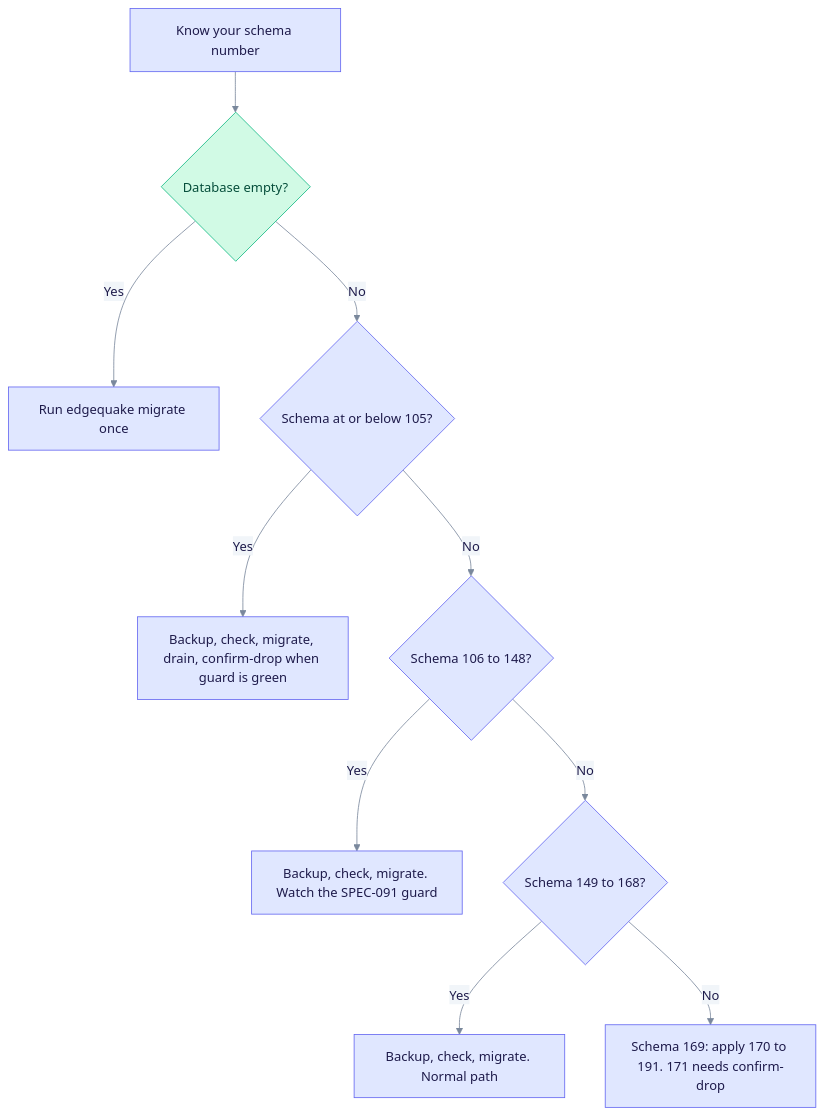
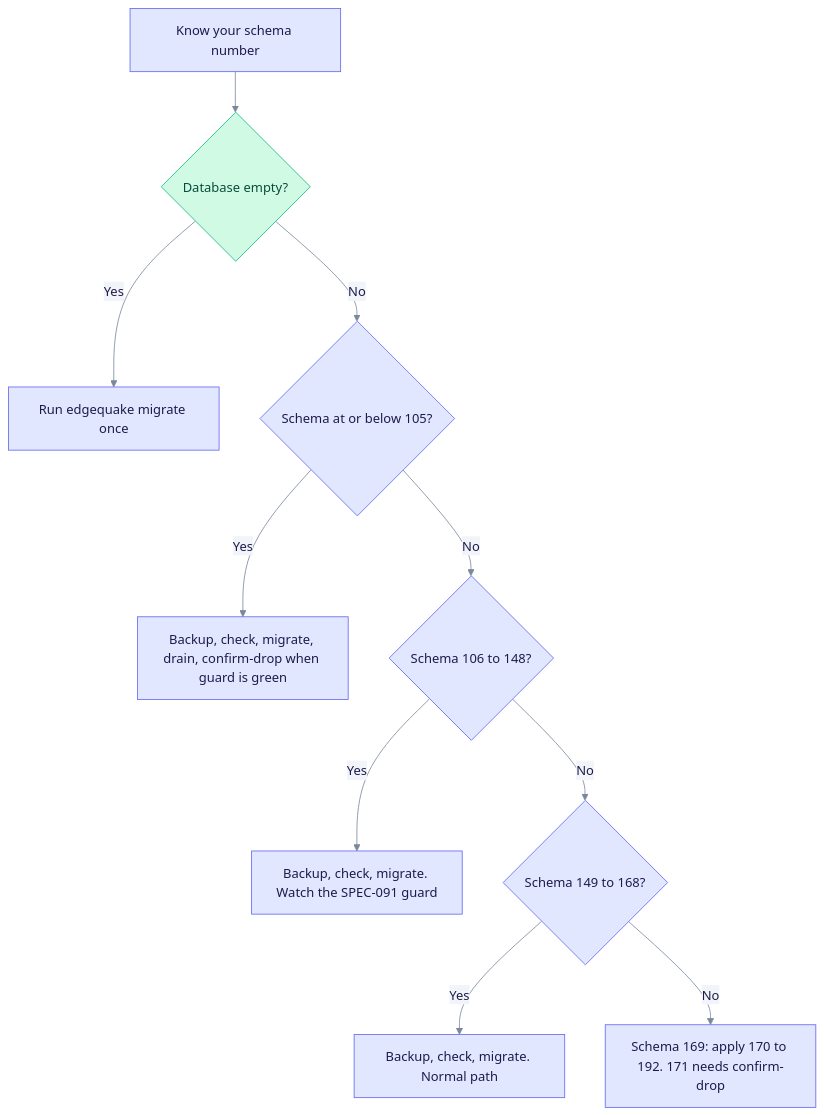
Before and after one commit to YatchiYa/edgequake: the first of 3 diagrams in docs/operations/upgrading.md, drawn with Mermaid. The commit also changed other lines of this file and 12 other files, not shown here.

````diff
--- a/docs/operations/upgrading.md
+++ b/docs/operations/upgrading.md
@@ -24,17 +24,17 @@
 ```mermaid
 %%{init: {"theme":"base","themeVariables":{"primaryColor":"#E0E7FF","primaryBorderColor":"#6366F1","primaryTextColor":"#1E1B4B","secondaryColor":"#D1FAE5","secondaryBorderColor":"#10B981","secondaryTextColor":"#064E3B","tertiaryColor":"#FEF3C7","tertiaryBorderColor":"#F59E0B","tertiaryTextColor":"#6B7A90","lineColor":"#7A889C","clusterBkg":"rgba(99,102,241,0.07)","clusterBorder":"#A5B4FC","noteBkgColor":"#FEF9C3","noteTextColor":"#422006","textColor":"#6B7A90","titleColor":"#6B7A90","signalColor":"#7A889C","signalTextColor":"#6B7A90","loopTextColor":"#6B7A90","edgeLabelBackground":"#F1F5F9","actorLineColor":"#94A3B8"}}}%%
 %% eq-theme:v1
 flowchart TD
   A["Know your schema number"] --> B{"Database empty?"}
   B -->|Yes| C["Run edgequake migrate once"]
   B -->|No| D{"Schema at or below 105?"}
   D -->|Yes| E["Backup, check, migrate, drain, confirm-drop when guard is green"]
   D -->|No| F{"Schema 106 to 148?"}
   F -->|Yes| G["Backup, check, migrate. Watch the SPEC-091 guard"]
   F -->|No| H{"Schema 149 to 168?"}
   H -->|Yes| I["Backup, check, migrate. Normal path"]
-  H -->|No| J["Schema 169: apply 170 to 191. 171 needs confirm-drop"]
+  H -->|No| J["Schema 169: apply 170 to 192. 171 needs confirm-drop"]
 %% eq-classes
 classDef eqStore fill:#D1FAE5,stroke:#10B981,color:#064E3B
 class B eqStore
 ```
````
